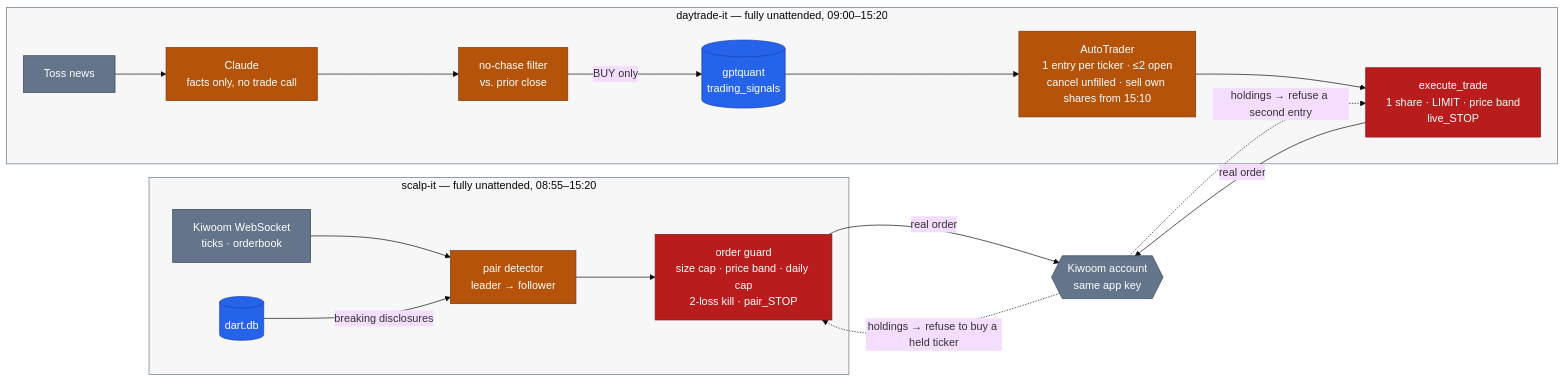
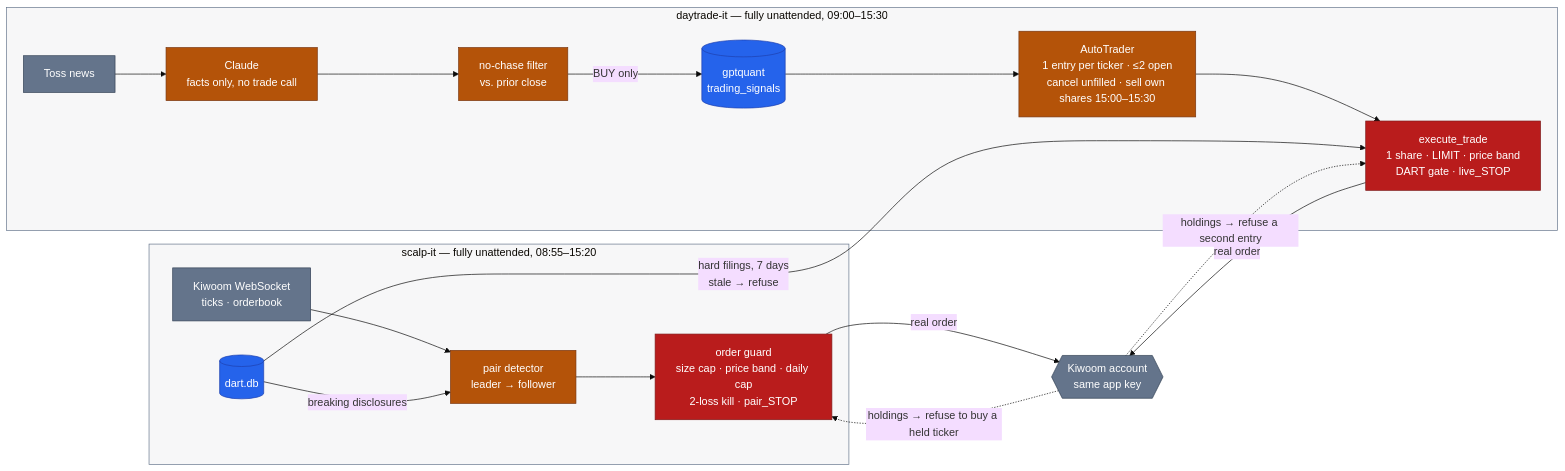
Before and after one commit to younghwan91/younghwan91: the third of 3 diagrams in README.md, drawn with Mermaid (base theme). The commit also changed other lines of this file and 1 other file, not shown here.

Commit message:
docs(readme): daytrade-it DART 공시 게이트 연결·15:00 청산 반영
- DART 게이트가 실주문 경로에 들어갔다(daytrade-it 3d63908): scalp-it dart.db 의
  최근 7일 중대 공시면 진입 거부, 캐시가 없거나 오래돼도 거부. 다이어그램에
  dart.db → execute_trade 선을 긋고, daytrade-it 이 scalp-it DART 크론에 기댄다는
  의존을 적는다.
- 청산은 15:00 시작·호가 아래로 단계 재시도·15:30 동시호가까지(daytrade-it 48a8d86).
  시간표와 서브그래프 시간을 고친다.

Claude-Session: https://claude.ai/code/session_014wTKFS5hxgcLAZw3tZRb3r

````diff
--- a/README.md
+++ b/README.md
@@ -153,36 +153,38 @@
 ```mermaid
 flowchart LR
     subgraph SCP ["scalp-it — fully unattended, 08:55–15:20"]
         WS["Kiwoom WebSocket<br/>ticks · orderbook"] --> DET["pair detector<br/>leader → follower"]
         DART[("dart.db")] -->|"breaking disclosures"| DET
         DET --> GRD["order guard<br/>size cap · price band · daily cap<br/>2-loss kill · pair_STOP"]
     end
 
-    subgraph DTP ["daytrade-it — fully unattended, 09:00–15:20"]
+    subgraph DTP ["daytrade-it — fully unattended, 09:00–15:30"]
         TOSS["Toss news"] --> CL["Claude<br/>facts only, no trade call"]
         CL --> TC["no-chase filter<br/>vs. prior close"]
         TC -->|"BUY only"| SIG[("gptquant<br/>trading_signals")]
-        SIG --> AT["AutoTrader<br/>1 entry per ticker · ≤2 open<br/>cancel unfilled · sell own shares from 15:10"]
-        AT --> ET["execute_trade<br/>1 share · LIMIT · price band<br/>live_STOP"]
+        SIG --> AT["AutoTrader<br/>1 entry per ticker · ≤2 open<br/>cancel unfilled · sell own shares 15:00–15:30"]
+        AT --> ET["execute_trade<br/>1 share · LIMIT · price band<br/>DART gate · live_STOP"]
     end
 
     ACC{{"Kiwoom account<br/>same app key"}}
+
+    DART -->|"hard filings, 7 days<br/>stale → refuse"| ET
 
     GRD -->|"real order"| ACC
     ET -->|"real order"| ACC
     ACC -. "holdings → refuse to buy a held ticker" .-> GRD
     ACC -. "holdings → refuse a second entry" .-> ET
 
     classDef live fill:#B45309,stroke:#78350F,color:#FFFFFF
     classDef store fill:#2563EB,stroke:#1E40AF,color:#FFFFFF
     classDef gate fill:#B91C1C,stroke:#7F1D1D,color:#FFFFFF
     classDef ext fill:#64748B,stroke:#334155,color:#FFFFFF
 
     class DET,CL,TC,AT live
     class DART,SIG store
     class GRD,ET gate
     class WS,TOSS,ACC ext
 
     style SCP fill:#0F172A08,stroke:#64748B
     style DTP fill:#0F172A08,stroke:#64748B
 ```
````
